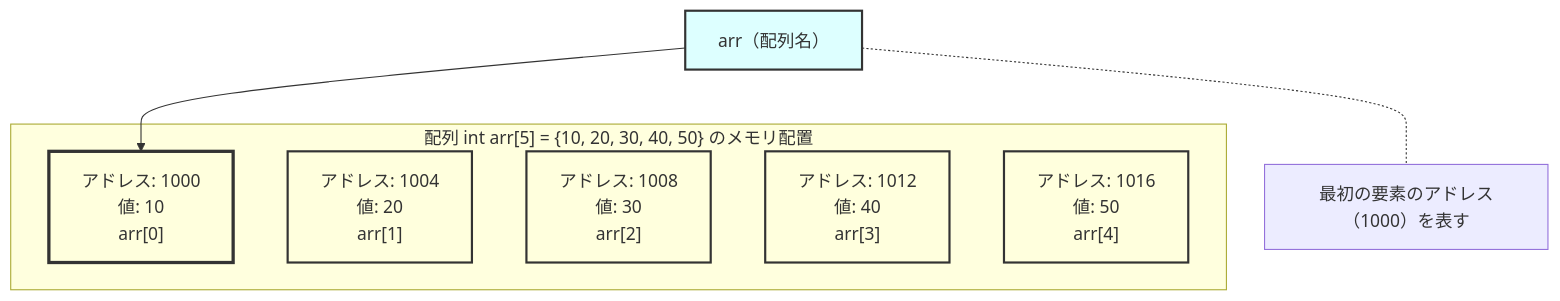
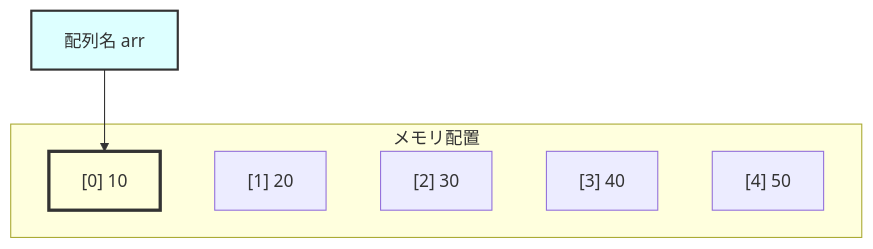
The first of 2 diagrams in src/arrays-pointers/README.md (zabaglione/c-language-tutorial), drawn with Mermaid before and after one commit. The commit also changed other lines of this file and 39 other files, not shown here.

````diff
--- a/src/arrays-pointers/README.md
+++ b/src/arrays-pointers/README.md
@@ -45,21 +45,16 @@
 ```mermaid
 graph TB
-    subgraph "配列 int arr[5] = {10, 20, 30, 40, 50} のメモリ配置"
-        A["アドレス: 1000\n値: 10\narr[0]"]
-        B["アドレス: 1004\n値: 20\narr[1]"]
-        C["アドレス: 1008\n値: 30\narr[2]"]
-        D["アドレス: 1012\n値: 40\narr[3]"]
-        E["アドレス: 1016\n値: 50\narr[4]"]
+    subgraph "メモリ配置"
+        A["[0] 10"]
+        B["[1] 20"]
+        C["[2] 30"]
+        D["[3] 40"]
+        E["[4] 50"]
     end
 
-    F["arr（配列名）"]
+    F["配列名 arr"]
     F --> A
-    F -.- G["最初の要素のアドレス（1000）を表す"]
 
     style A fill:#ffd,stroke:#333,stroke-width:3px
-    style B fill:#ffd,stroke:#333,stroke-width:2px
-    style C fill:#ffd,stroke:#333,stroke-width:2px
-    style D fill:#ffd,stroke:#333,stroke-width:2px
-    style E fill:#ffd,stroke:#333,stroke-width:2px
     style F fill:#dff,stroke:#333,stroke-width:2px
 ```
````
